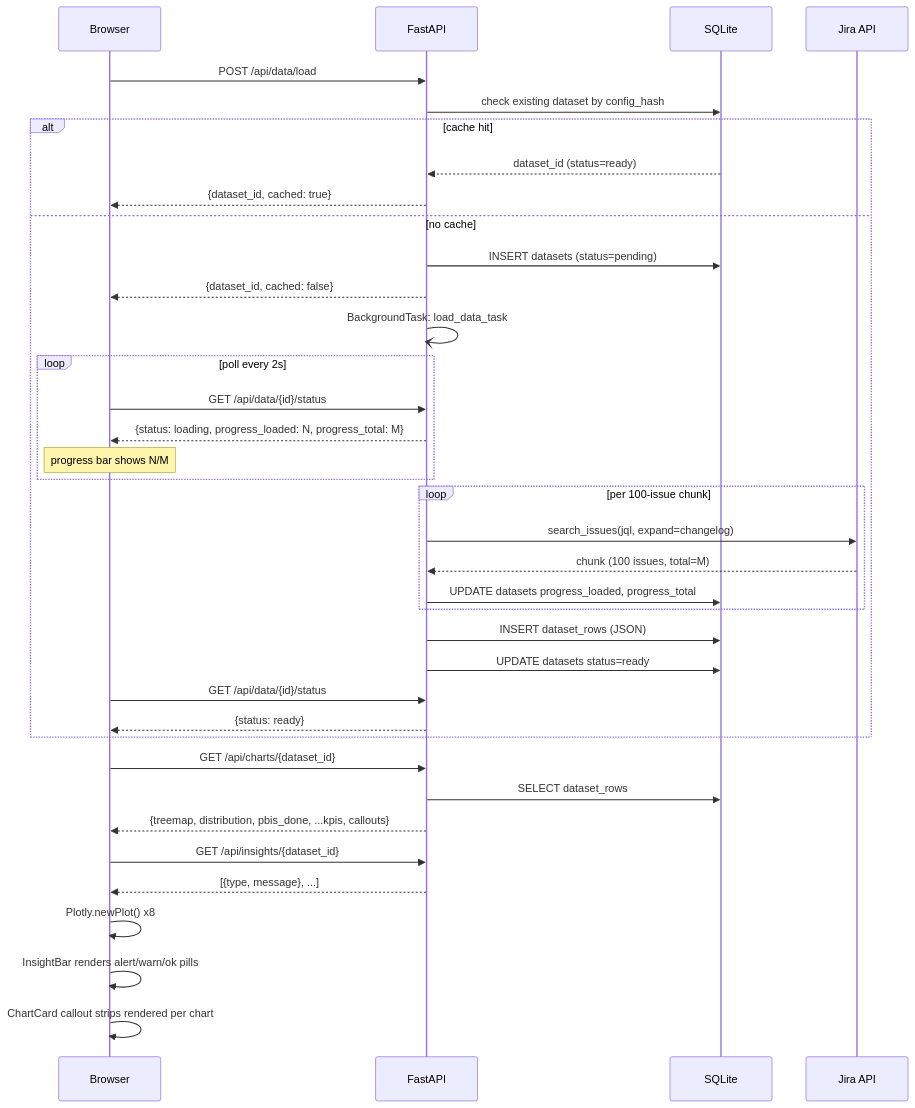
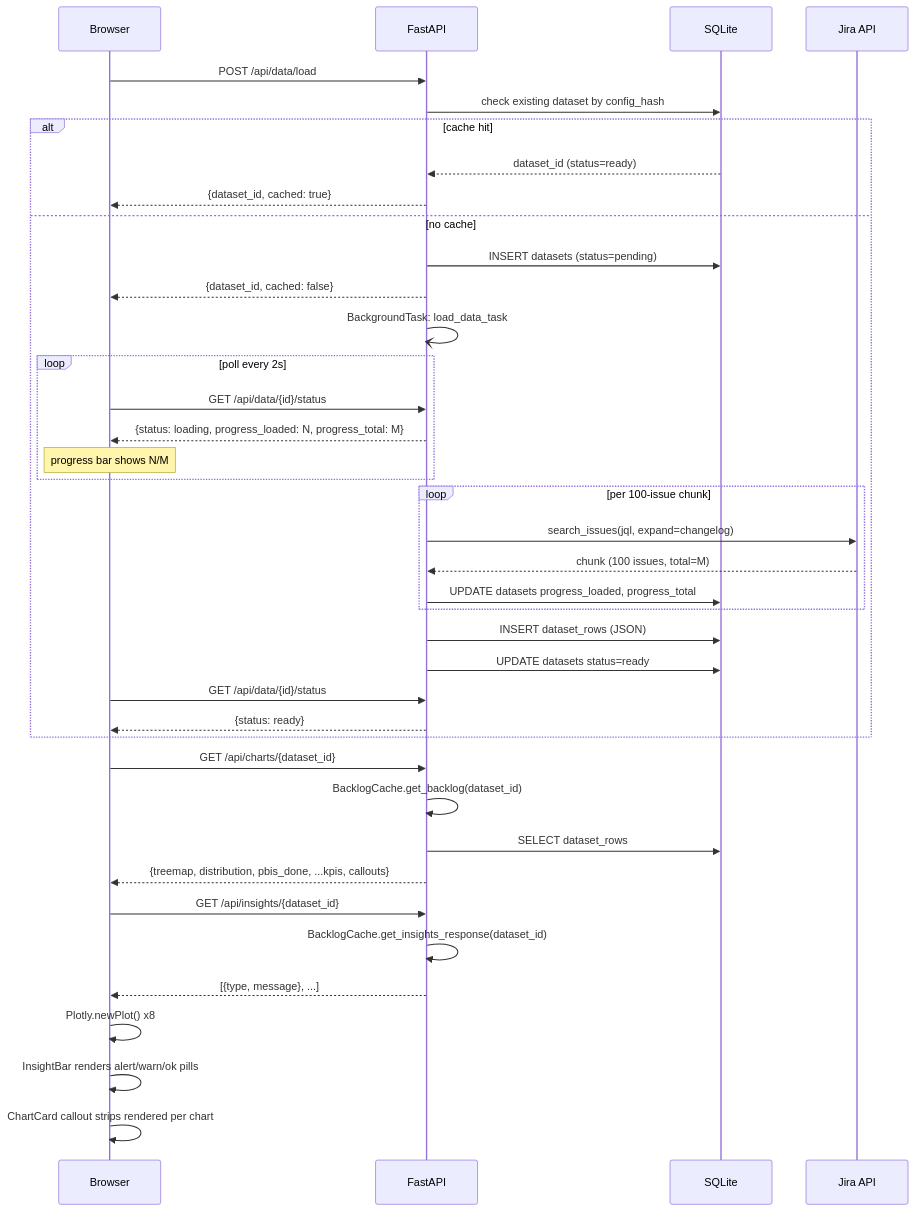
Before and after one commit to goncalovalverde/anansi: the third of 7 diagrams in docs/diagrams/architecture.md, drawn with Mermaid. The commit also changed other lines of this file and 7 other files, not shown here.

First line of the commit message:
feat: chart thresholds UI + ADR-0007 + diagram sync

````diff
--- a/docs/diagrams/architecture.md
+++ b/docs/diagrams/architecture.md
@@ -79,40 +81,42 @@
 ```mermaid
 sequenceDiagram
     participant B as Browser
     participant API as FastAPI
     participant DB as SQLite
     participant JR as Jira API
 
     B->>API: POST /api/data/load
     API->>DB: check existing dataset by config_hash
     alt cache hit
         DB-->>API: dataset_id (status=ready)
         API-->>B: {dataset_id, cached: true}
     else no cache
         API->>DB: INSERT datasets (status=pending)
         API-->>B: {dataset_id, cached: false}
         API-)API: BackgroundTask: load_data_task
         loop poll every 2s
             B->>API: GET /api/data/{id}/status
             API-->>B: {status: loading, progress_loaded: N, progress_total: M}
             note over B: progress bar shows N/M
         end
         loop per 100-issue chunk
             API->>JR: search_issues(jql, expand=changelog)
             JR-->>API: chunk (100 issues, total=M)
             API->>DB: UPDATE datasets progress_loaded, progress_total
         end
         API->>DB: INSERT dataset_rows (JSON)
         API->>DB: UPDATE datasets status=ready
         B->>API: GET /api/data/{id}/status
         API-->>B: {status: ready}
     end
     B->>API: GET /api/charts/{dataset_id}
+    API->>API: BacklogCache.get_backlog(dataset_id)
     API->>DB: SELECT dataset_rows
     API-->>B: {treemap, distribution, pbis_done, ...kpis, callouts}
     B->>API: GET /api/insights/{dataset_id}
+    API->>API: BacklogCache.get_insights_response(dataset_id)
     API-->>B: [{type, message}, ...]
     B->>B: Plotly.newPlot() x8
     B->>B: InsightBar renders alert/warn/ok pills
     B->>B: ChartCard callout strips rendered per chart
 ```
````
